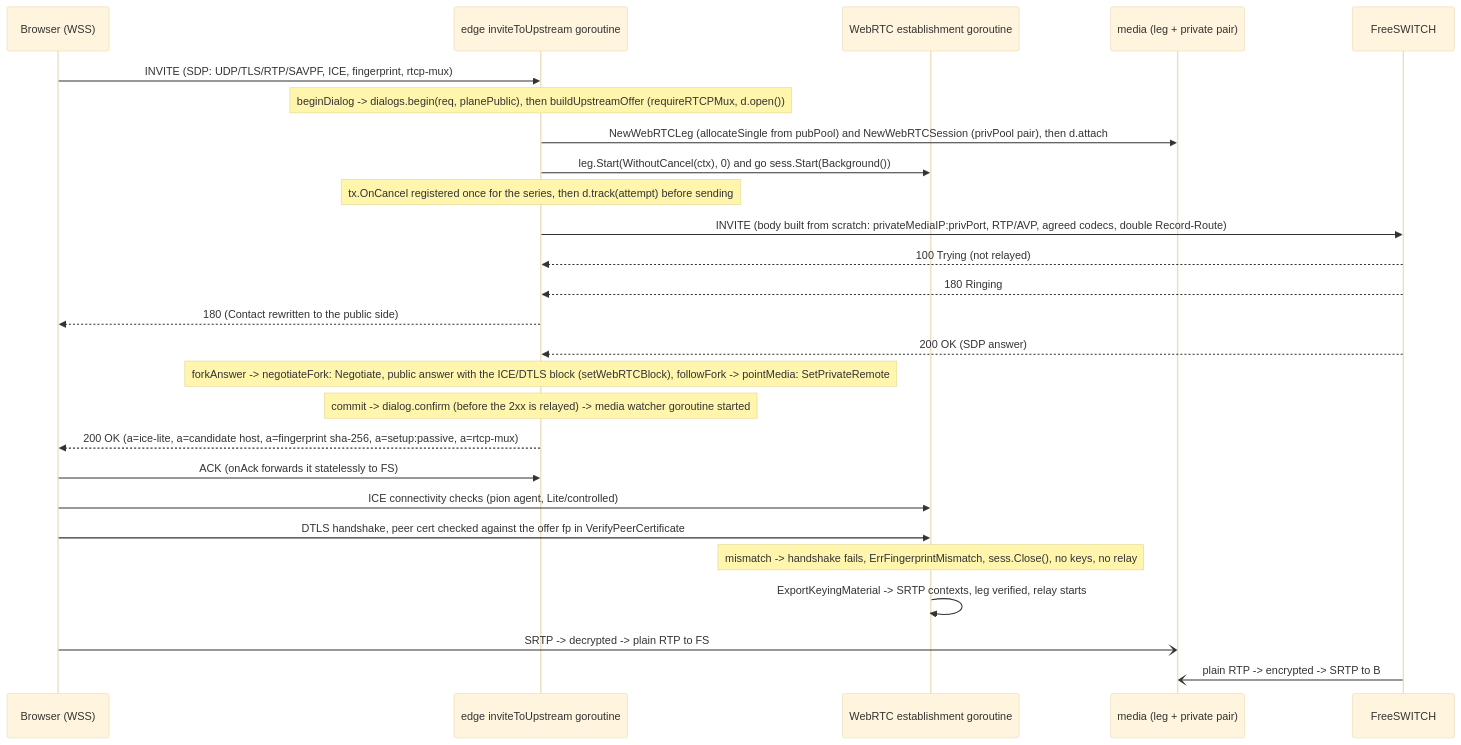
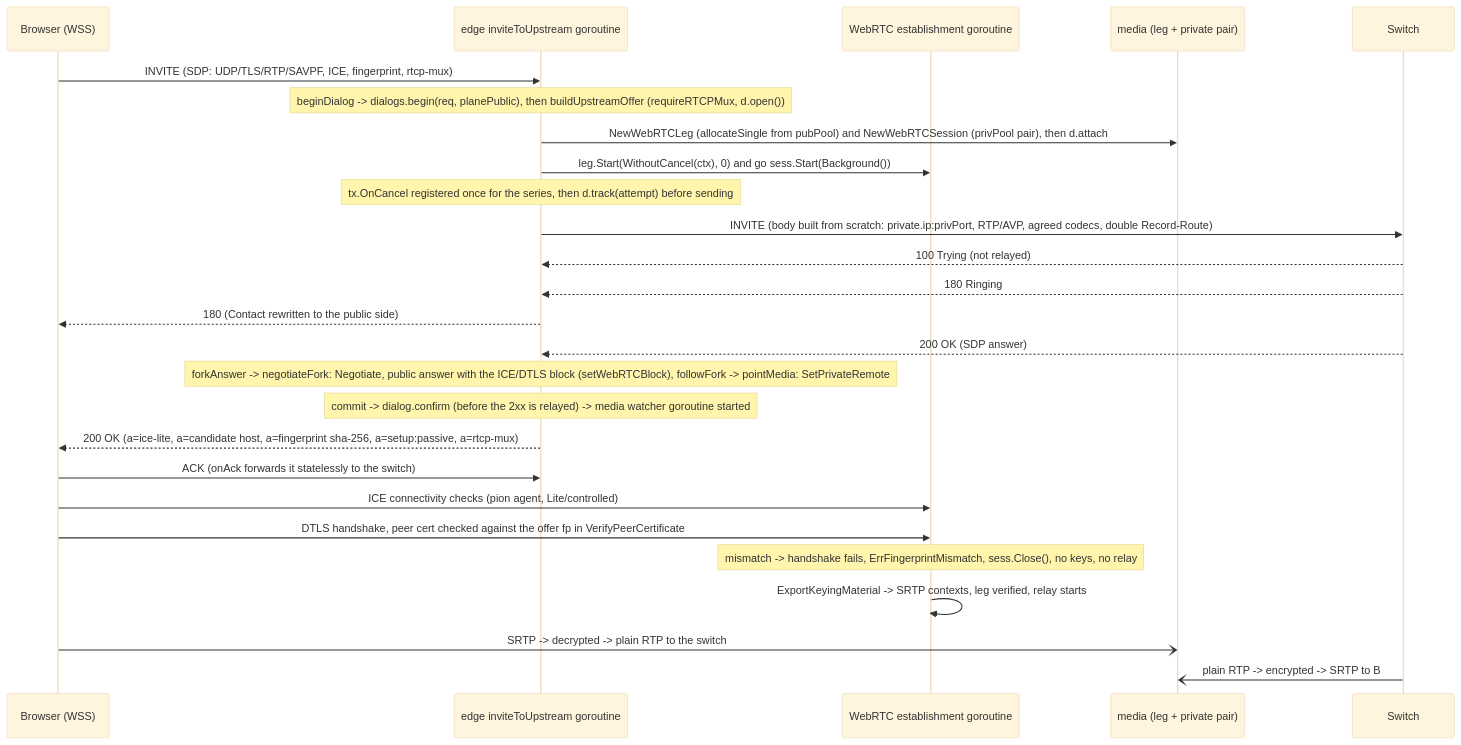
Before and after one commit to aicc2025/freesbc: diagram 12 of 18 in docs/design.md, drawn with Mermaid (base theme). The commit also changed other lines of this file and 30 other files, not shown here.

````diff
--- a/docs/design.md
+++ b/docs/design.md
@@ -3013,29 +2282,29 @@
 ```mermaid
 sequenceDiagram
     participant B as Browser (WSS)
     participant H as edge inviteToUpstream goroutine
     participant E as WebRTC establishment goroutine
     participant M as media (leg + private pair)
-    participant FS as FreeSWITCH
+    participant FS as Switch
 
     B->>H: INVITE (SDP: UDP/TLS/RTP/SAVPF, ICE, fingerprint, rtcp-mux)
     Note over H: beginDialog -> dialogs.begin(req, planePublic), then buildUpstreamOffer (requireRTCPMux, d.open())
     H->>M: NewWebRTCLeg (allocateSingle from pubPool) and NewWebRTCSession (privPool pair), then d.attach
     H->>E: leg.Start(WithoutCancel(ctx), 0) and go sess.Start(Background())
     Note over H: tx.OnCancel registered once for the series, then d.track(attempt) before sending
-    H->>FS: INVITE (body built from scratch: privateMediaIP:privPort, RTP/AVP, agreed codecs, double Record-Route)
+    H->>FS: INVITE (body built from scratch: private.ip:privPort, RTP/AVP, agreed codecs, double Record-Route)
     FS-->>H: 100 Trying (not relayed)
     FS-->>H: 180 Ringing
     H-->>B: 180 (Contact rewritten to the public side)
     FS-->>H: 200 OK (SDP answer)
     Note over H: forkAnswer -> negotiateFork: Negotiate, public answer with the ICE/DTLS block (setWebRTCBlock), followFork -> pointMedia: SetPrivateRemote
     Note over H: commit -> dialog.confirm (before the 2xx is relayed) -> media watcher goroutine started
     H-->>B: 200 OK (a=ice-lite, a=candidate host, a=fingerprint sha-256, a=setup:passive, a=rtcp-mux)
-    B->>H: ACK (onAck forwards it statelessly to FS)
+    B->>H: ACK (onAck forwards it statelessly to the switch)
     B->>E: ICE connectivity checks (pion agent, Lite/controlled)
     B->>E: DTLS handshake, peer cert checked against the offer fp in VerifyPeerCertificate
     Note over E: mismatch -> handshake fails, ErrFingerprintMismatch, sess.Close(), no keys, no relay
     E->>E: ExportKeyingMaterial -> SRTP contexts, leg verified, relay starts
-    B-)M: SRTP -> decrypted -> plain RTP to FS
+    B-)M: SRTP -> decrypted -> plain RTP to the switch
     FS-)M: plain RTP -> encrypted -> SRTP to B
 ```
````
